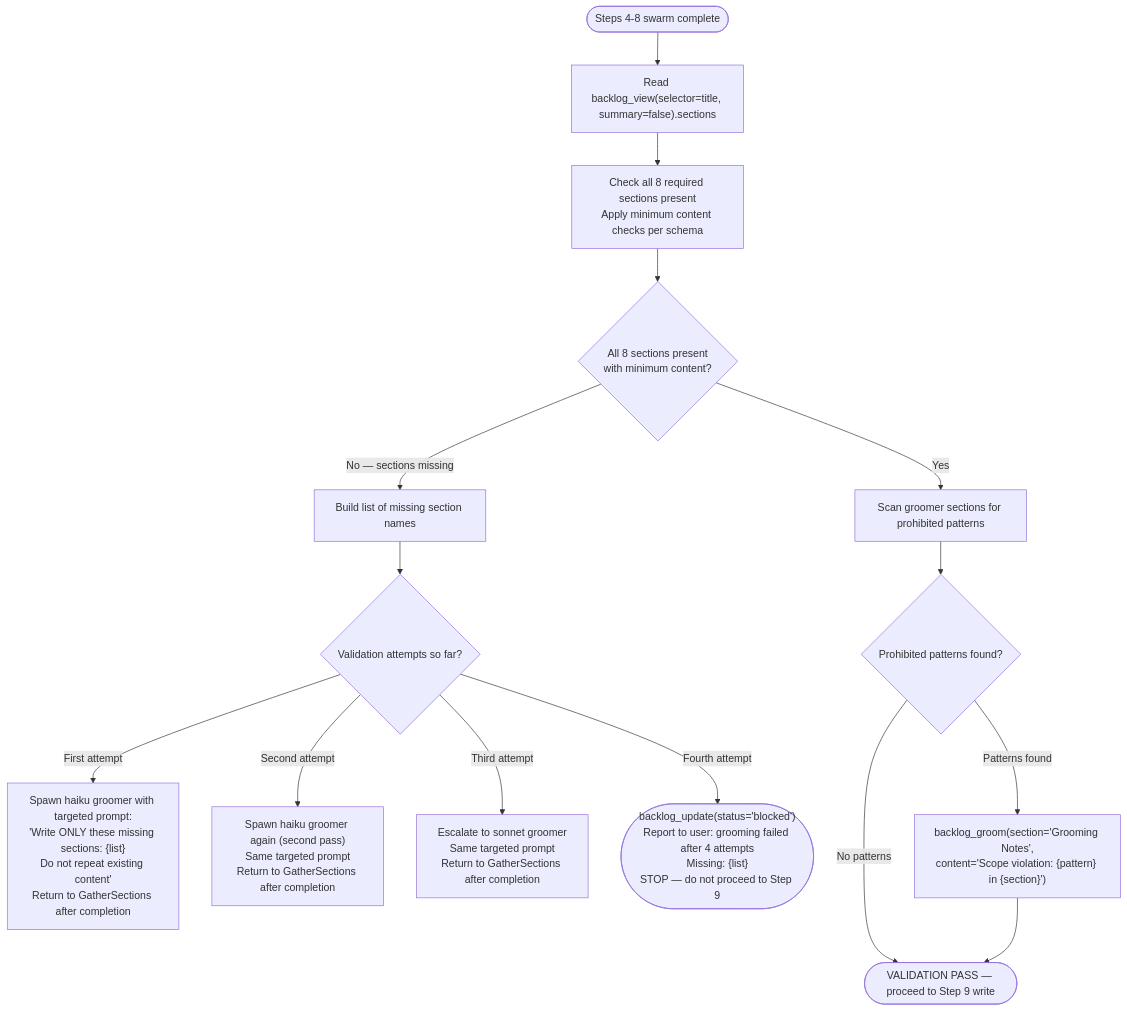
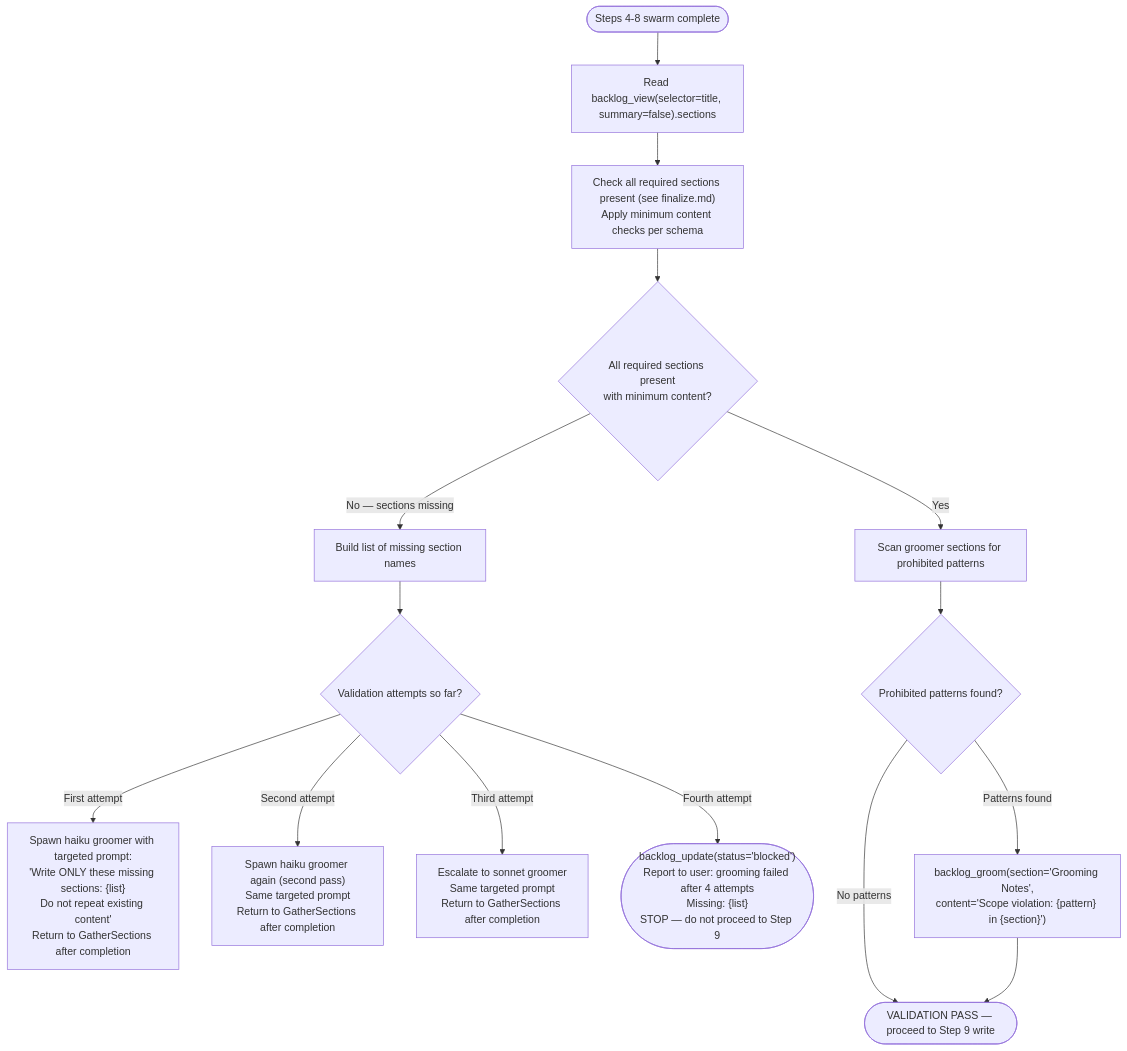
One commit to chgreer1070/claude_skills changed the diagram in plugins/development-harness/skills/groom-backlog-item/references/groomer-output-validation.md. Above: the diagram before and after it, drawn with Mermaid. The commit also changed other lines of this file and 9 other files, not shown here.

````diff
--- a/plugins/development-harness/skills/groom-backlog-item/references/groomer-output-validation.md
+++ b/plugins/development-harness/skills/groom-backlog-item/references/groomer-output-validation.md
@@ -61,20 +62,20 @@
 ```mermaid
 flowchart TD
     SwarmComplete(["Steps 4-8 swarm complete"]) --> GatherSections["Read backlog_view(selector=title, summary=false).sections"]
 
-    GatherSections --> PresenceCheck["Check all 8 required sections present<br>Apply minimum content checks per schema"]
-    PresenceCheck --> PresenceResult{"All 8 sections present<br>with minimum content?"}
+    GatherSections --> PresenceCheck["Check all required sections present (see finalize.md)<br>Apply minimum content checks per schema"]
+    PresenceCheck --> PresenceResult{"All required sections present<br>with minimum content?"}
 
     PresenceResult -->|"Yes"| ScopeCheck["Scan groomer sections for prohibited patterns"]
     PresenceResult -->|"No — sections missing"| MissingList["Build list of missing section names"]
     MissingList --> AttemptCount{"Validation attempts so far?"}
     AttemptCount -->|"First attempt"| RetryHaiku1["Spawn haiku groomer with targeted prompt:<br>'Write ONLY these missing sections: {list}<br>Do not repeat existing content'<br>Return to GatherSections after completion"]
     AttemptCount -->|"Second attempt"| RetryHaiku2["Spawn haiku groomer again (second pass)<br>Same targeted prompt<br>Return to GatherSections after completion"]
     AttemptCount -->|"Third attempt"| RetrySonnet["Escalate to sonnet groomer<br>Same targeted prompt<br>Return to GatherSections after completion"]
     AttemptCount -->|"Fourth attempt"| Blocked(["backlog_update(status='blocked')<br>Report to user: grooming failed after 4 attempts<br>Missing: {list}<br>STOP — do not proceed to Step 9"])
 
     ScopeCheck --> ScopeResult{"Prohibited patterns found?"}
     ScopeResult -->|"No patterns"| ValidationPass(["VALIDATION PASS — proceed to Step 9 write"])
     ScopeResult -->|"Patterns found"| ScopeReport["backlog_groom(section='Grooming Notes',<br>content='Scope violation: {pattern} in {section}')"]
     ScopeReport --> ValidationPass
 ```
````
